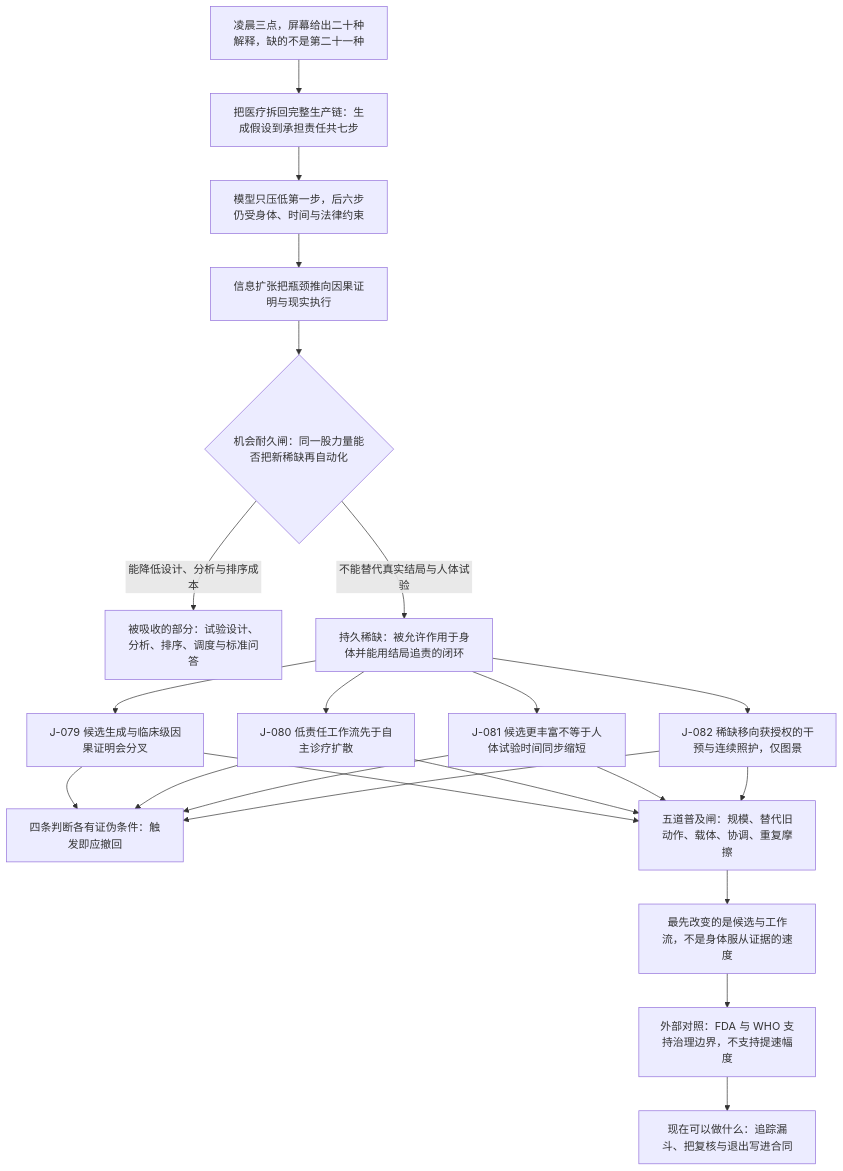
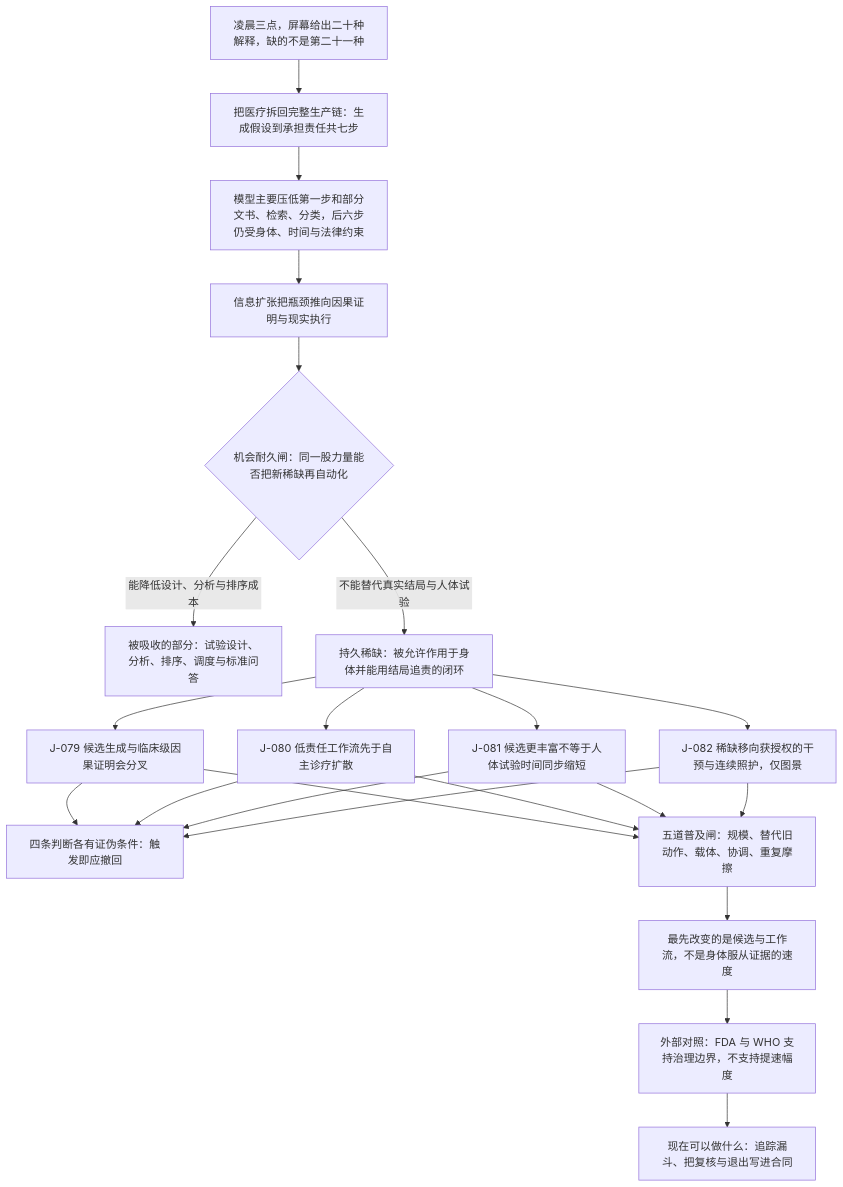
One commit to SenZhangAI/foresight-by-ai changed the diagram in docs/zh/chains/50-biology-medicine.md. Above: the diagram before and after it, drawn with Mermaid. The commit also changed 11 other files, not shown here.

````diff
--- a/docs/zh/chains/50-biology-medicine.md
+++ b/docs/zh/chains/50-biology-medicine.md
@@ -29,24 +29,24 @@
 ```mermaid
 flowchart TD
   SCENE["凌晨三点，屏幕给出二十种解释，缺的不是第二十一种"] --> CHAIN["把医疗拆回完整生产链：生成假设到承担责任共七步"]
-  CHAIN --> ASYM["模型只压低第一步，后六步仍受身体、时间与法律约束"]
+  CHAIN --> ASYM["模型主要压低第一步和部分文书、检索、分类，后六步仍受身体、时间与法律约束"]
   ASYM --> BOTTLE["信息扩张把瓶颈推向因果证明与现实执行"]
   BOTTLE --> GATE{"机会耐久闸：同一股力量能否把新稀缺再自动化"}
   GATE -->|"能降低设计、分析与排序成本"| ABSORB["被吸收的部分：试验设计、分析、排序、调度与标准问答"]
   GATE -->|"不能替代真实结局与人体试验"| LOOP["持久稀缺：被允许作用于身体并能用结局追责的闭环"]
   LOOP --> J079["J-079 候选生成与临床级因果证明会分叉"]
   LOOP --> J080["J-080 低责任工作流先于自主诊疗扩散"]
   LOOP --> J081["J-081 候选更丰富不等于人体试验时间同步缩短"]
   LOOP --> J082["J-082 稀缺移向获授权的干预与连续照护，仅图景"]
   J079 --> REFUTE["四条判断各有证伪条件：触发即应撤回"]
   J080 --> REFUTE
   J081 --> REFUTE
   J082 --> REFUTE
   J079 --> GATES5["五道普及闸：规模、替代旧动作、载体、协调、重复摩擦"]
   J080 --> GATES5
   J081 --> GATES5
   J082 --> GATES5
   GATES5 --> CONC["最先改变的是候选与工作流，不是身体服从证据的速度"]
   CONC --> EVID["外部对照：FDA 与 WHO 支持治理边界，不支持提速幅度"]
   EVID --> ACT["现在可以做什么：追踪漏斗、把复核与退出写进合同"]
 ```
````
